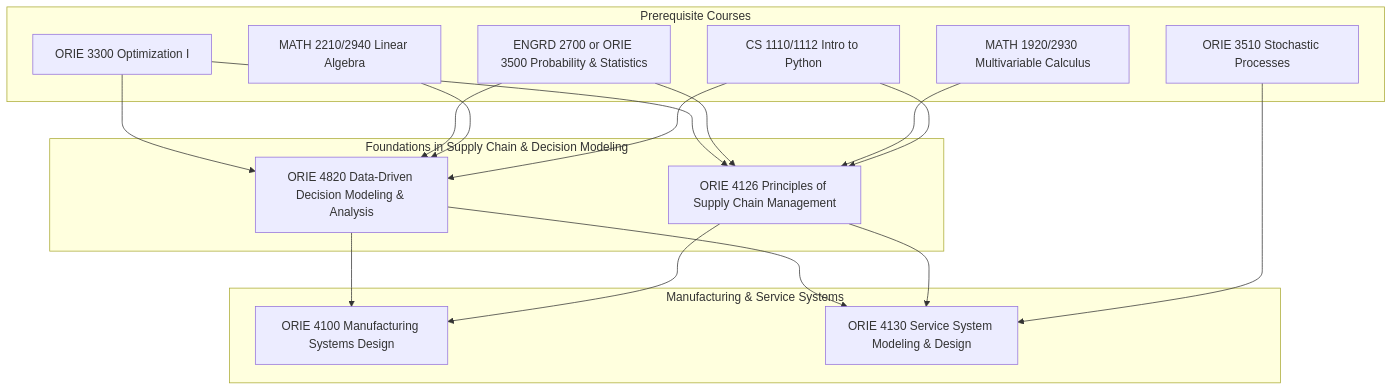
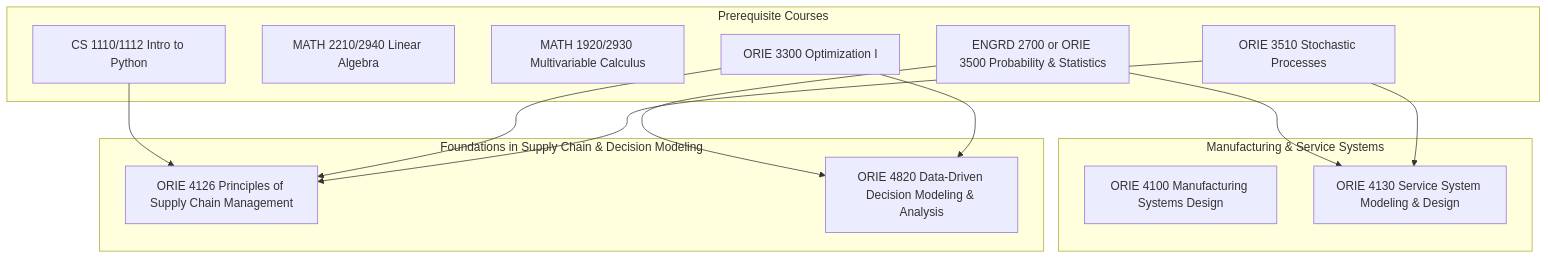
The diagram in oriesupplychain.md (jmyphn/engineering-wiki), drawn with Mermaid before and after one commit. The commit also changed 3 other files, not shown here.

Commit message:
flow chart updates

````diff
--- a/oriesupplychain.md
+++ b/oriesupplychain.md
@@ -14,43 +14,36 @@
 ```mermaid
 flowchart TD
 
   %% ===== PREREQS =====
   subgraph A1[Prerequisite Courses]
     A1a[CS 1110/1112 Intro to Python]
     A1b[MATH 2210/2940 Linear Algebra]
     A1c[MATH 1920/2930 Multivariable Calculus]
     A1d[ENGRD 2700 or ORIE 3500 Probability & Statistics]
     A1e[ORIE 3300 Optimization I]
     A1f[ORIE 3510 Stochastic Processes]
   end
 
   %% ===== FOUNDATIONS =====
   subgraph B1[Foundations in Supply Chain & Decision Modeling]
     B1a[ORIE 4126 Principles of Supply Chain Management]
     B1b[ORIE 4820 Data-Driven Decision Modeling & Analysis]
   end
 
   %% ===== SYSTEMS & APPLICATIONS =====
   subgraph C1[Manufacturing & Service Systems]
     C1a[ORIE 4100 Manufacturing Systems Design]
     C1b[ORIE 4130 Service System Modeling & Design]
   end
 
-  %% ===== LINKS FROM PREREQS =====
   A1a --> B1a
-  A1a --> B1b
-  A1b --> B1b
-  A1c --> B1a
-  A1d --> B1a
+  A1e --> B1a
+  A1f --> B1a
+
   A1d --> B1b
-  A1e --> B1a
   A1e --> B1b
+
+  A1d --> C1b
   A1f --> C1b
 
-  %% ===== LINKS BETWEEN CORE COURSES =====
-  B1a --> C1a
-  B1a --> C1b
-  B1b --> C1a
-  B1b --> C1b
-
 ```
````
